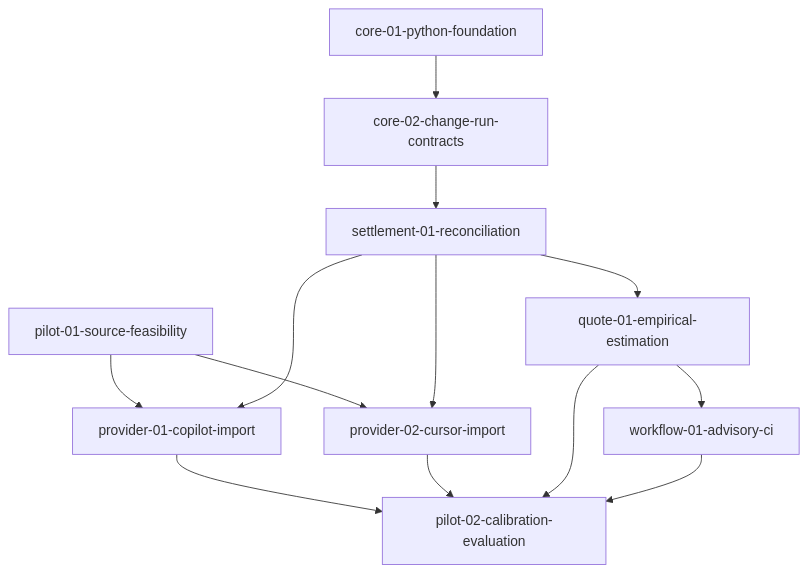
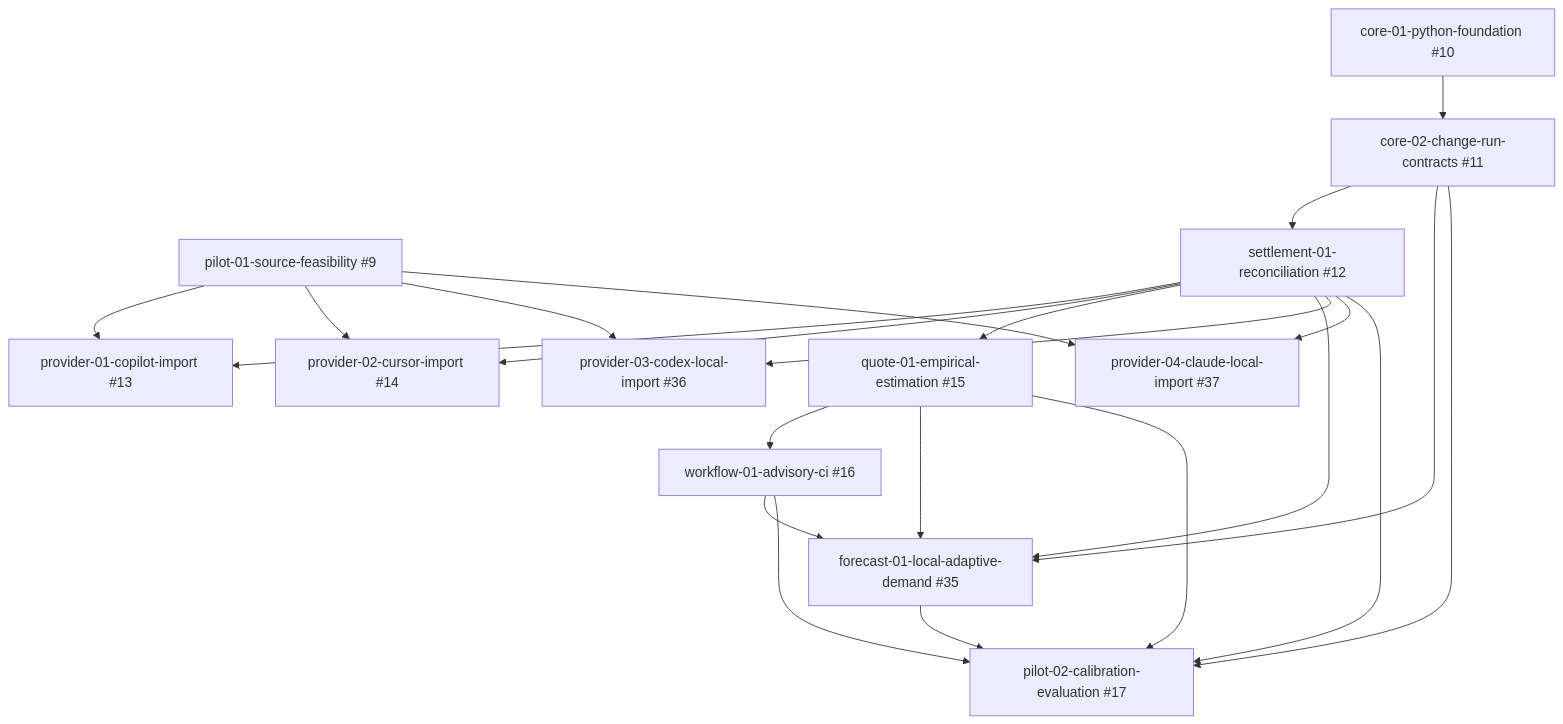
One commit to nold-ai/changecost changed the diagram in openspec/CHANGE_ORDER.md. Above: the diagram before and after it, drawn with Mermaid. The commit also changed other lines of this file and 61 other files, not shown here.

Commit message:
docs: prepare local adaptive demand and source readers

````diff
--- a/openspec/CHANGE_ORDER.md
+++ b/openspec/CHANGE_ORDER.md
@@ -61,24 +64,36 @@
 ```mermaid
 graph TD
-  c0["pilot-01-source-feasibility"]
-  c1["core-01-python-foundation"]
-  c2["core-02-change-run-contracts"]
-  c3["settlement-01-reconciliation"]
-  c4["provider-01-copilot-import"]
-  c5["provider-02-cursor-import"]
-  c6["quote-01-empirical-estimation"]
-  c7["workflow-01-advisory-ci"]
-  c8["pilot-02-calibration-evaluation"]
+  c0["pilot-01-source-feasibility #9"]
+  c1["core-01-python-foundation #10"]
+  c2["core-02-change-run-contracts #11"]
+  c3["settlement-01-reconciliation #12"]
+  c4["provider-01-copilot-import #13"]
+  c5["provider-02-cursor-import #14"]
+  c6["quote-01-empirical-estimation #15"]
+  c7["workflow-01-advisory-ci #16"]
+  c8["pilot-02-calibration-evaluation #17"]
+  c9["forecast-01-local-adaptive-demand #35"]
+  c10["provider-03-codex-local-import #36"]
+  c11["provider-04-claude-local-import #37"]
   c1 --> c2
   c2 --> c3
   c0 --> c4
   c3 --> c4
   c0 --> c5
   c3 --> c5
   c3 --> c6
   c6 --> c7
-  c4 --> c8
-  c5 --> c8
+  c2 --> c9
+  c3 --> c9
+  c6 --> c9
+  c7 --> c9
+  c0 --> c10
+  c3 --> c10
+  c0 --> c11
+  c3 --> c11
+  c2 --> c8
+  c3 --> c8
   c6 --> c8
   c7 --> c8
+  c9 --> c8
 ```
````
